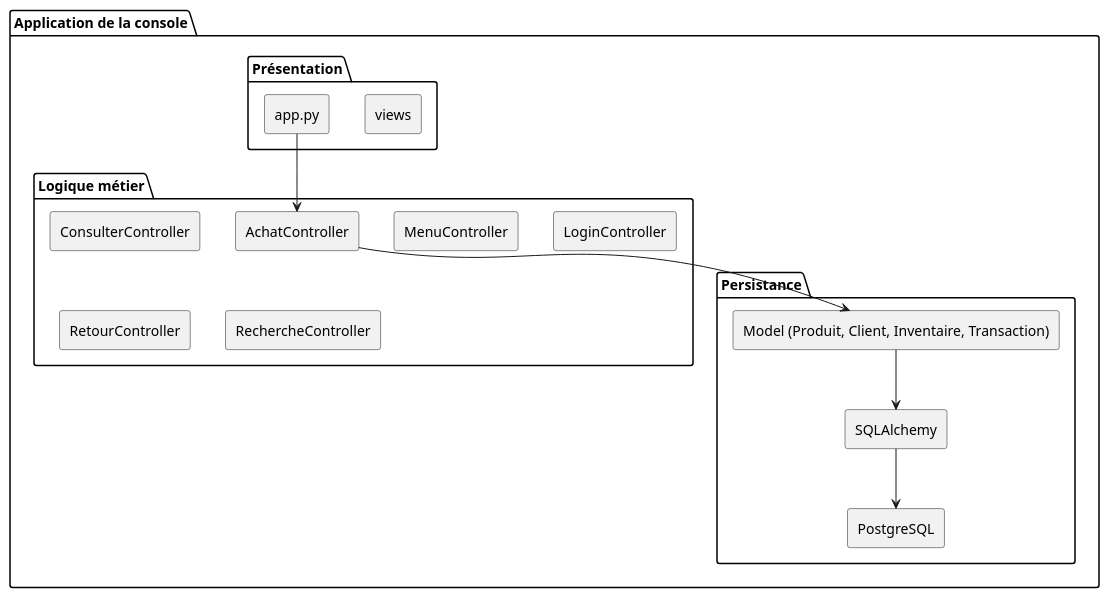
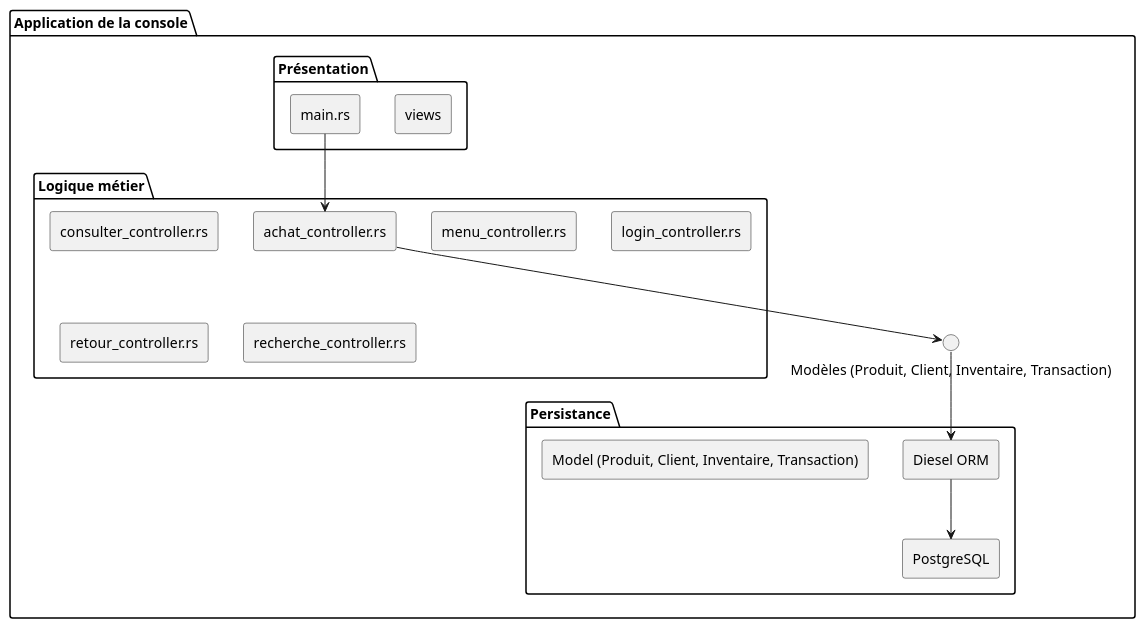
The diagram in docs/UML/implementation.puml (Barlow-Personal-Git/Projet_LOG430), drawn with PlantUML before and after one commit. The commit also changed 6 other files, not shown here.

Commit message:
Add diagramme

```diff
--- a/docs/UML/implementation.puml
+++ b/docs/UML/implementation.puml
@@ -1,32 +1,32 @@
 @startuml
 skinparam componentStyle rectangle
 
 package "Application de la console" {
 
   package "Présentation" {
     component "views"
-    component "app.py"
+    component "main.rs"
   }
 
   package "Logique métier" {
-    component "AchatController"
-    component "ConsulterController"
-    component "MenuController"
-    component "LoginController"
-    component "RetourController"
-    component "RechercheController"
+    component "achat_controller.rs"
+    component "consulter_controller.rs"
+    component "menu_controller.rs"
+    component "login_controller.rs"
+    component "retour_controller.rs"
+    component "recherche_controller.rs"
   }
 
   package "Persistance" {
-    component "SQLAlchemy"
+    component "Diesel ORM"
     component "PostgreSQL"
     component "Model (Produit, Client, Inventaire, Transaction)"
   }
 
-  "app.py" --> "AchatController"
-  "AchatController" --> "Model (Produit, Client, Inventaire, Transaction)"
-  "Model (Produit, Client, Inventaire, Transaction)" --> "SQLAlchemy"
-  "SQLAlchemy" --> "PostgreSQL"
+  "main.rs" --> "achat_controller.rs"
+  "achat_controller.rs" --> "Modèles (Produit, Client, Inventaire, Transaction)"
+  "Modèles (Produit, Client, Inventaire, Transaction)" --> "Diesel ORM"
+  "Diesel ORM" --> "PostgreSQL"
 }
 
 @enduml
```
